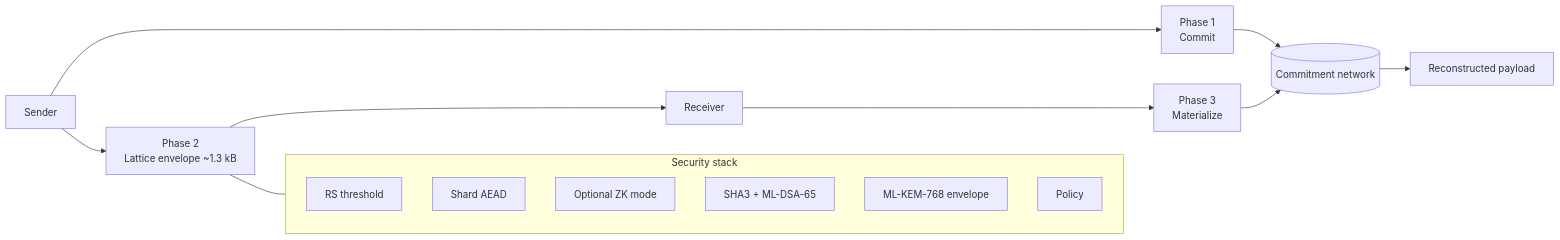
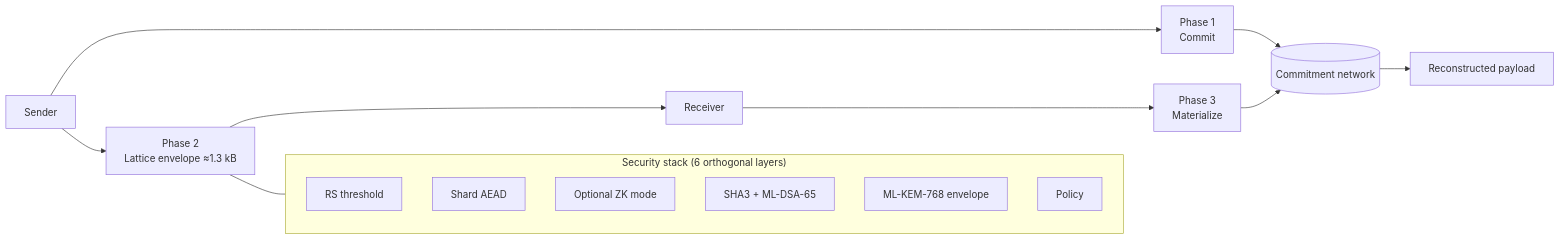
The diagram in docs/visuals/mermaid/ltp.md (Suwappu-Labs/suwappu-dag), drawn with Mermaid before and after one commit. The commit also changed 16 other files, not shown here.

````diff
--- a/docs/visuals/mermaid/ltp.md
+++ b/docs/visuals/mermaid/ltp.md
@@ -3,19 +3,19 @@
 ```mermaid
 flowchart LR
-  Sender[Sender] --> Commit[Phase 1<br/>Commit]
-  Commit --> Network[(Commitment network)]
-  Sender --> Lattice[Phase 2<br/>Lattice envelope ~1.3 kB]
-  Lattice --> Receiver[Receiver]
-  Receiver --> Materialize[Phase 3<br/>Materialize]
+  Sender["Sender"] --> Commit["Phase 1<br/>Commit"]
+  Commit --> Network[("Commitment network")]
+  Sender --> Lattice["Phase 2<br/>Lattice envelope ≈1.3 kB"]
+  Lattice --> Receiver["Receiver"]
+  Receiver --> Materialize["Phase 3<br/>Materialize"]
   Materialize --> Network
-  Network --> Output[Reconstructed payload]
-  subgraph Security[Security stack]
-    S1[RS threshold]
-    S2[Shard AEAD]
-    S3[Optional ZK mode]
-    S4[SHA3 + ML-DSA-65]
-    S5[ML-KEM-768 envelope]
-    S6[Policy]
+  Network --> Output["Reconstructed payload"]
+  subgraph Security ["Security stack (6 orthogonal layers)"]
+    S1["RS threshold"]
+    S2["Shard AEAD"]
+    S3["Optional ZK mode"]
+    S4["SHA3 + ML-DSA-65"]
+    S5["ML-KEM-768 envelope"]
+    S6["Policy"]
   end
   Lattice --- Security
 ```
````
